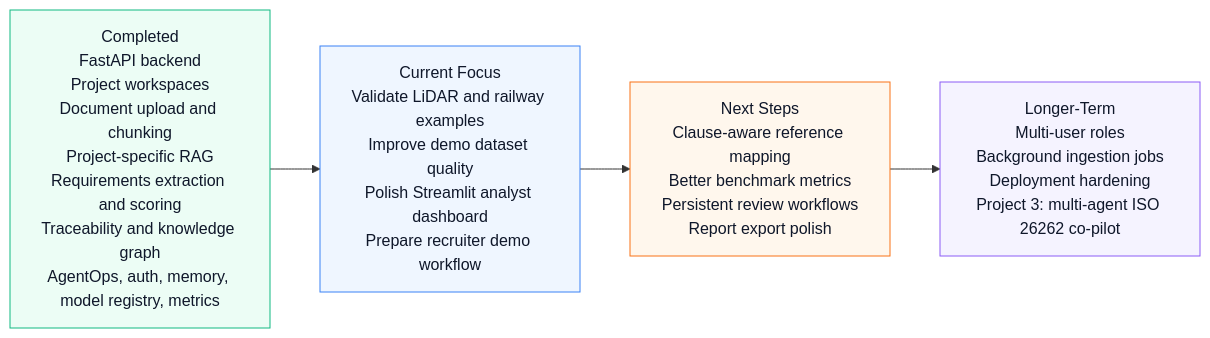
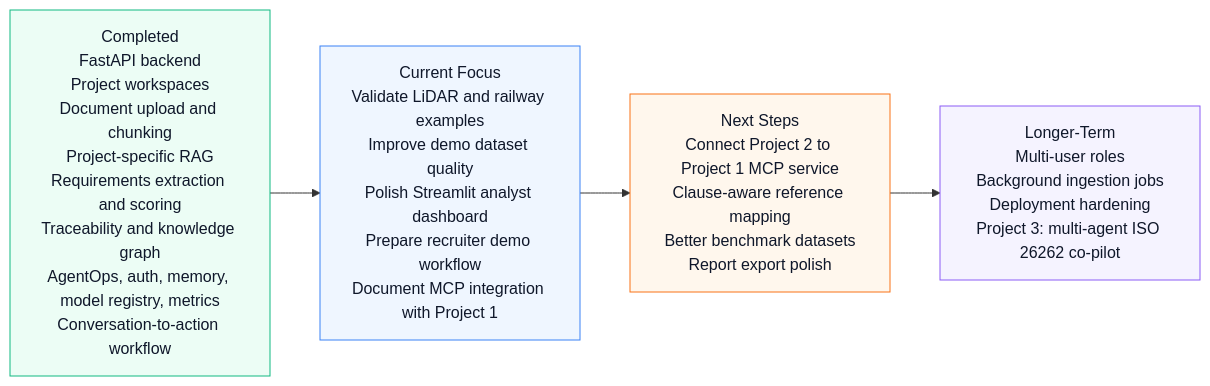
One commit to chz2010/Agentic_Document_AI_Platform_for_Safety_Engineering changed the first of 8 diagrams in README.md. Above: the diagram before and after it, drawn with Mermaid.

Commit message:
Update project roadmap with MCP and conversation workflow status

````diff
--- a/README.md
+++ b/README.md
@@ -22,18 +22,18 @@
 ```mermaid
 flowchart LR
-    A["Completed<br/>FastAPI backend<br/>Project workspaces<br/>Document upload and chunking<br/>Project-specific RAG<br/>Requirements extraction and scoring<br/>Traceability and knowledge graph<br/>AgentOps, auth, memory, model registry, metrics"]
-    B["Current Focus<br/>Validate LiDAR and railway examples<br/>Improve demo dataset quality<br/>Polish Streamlit analyst dashboard<br/>Prepare recruiter demo workflow"]
-    C["Next Steps<br/>Clause-aware reference mapping<br/>Better benchmark metrics<br/>Persistent review workflows<br/>Report export polish"]
+    A["Completed<br/>FastAPI backend<br/>Project workspaces<br/>Document upload and chunking<br/>Project-specific RAG<br/>Requirements extraction and scoring<br/>Traceability and knowledge graph<br/>AgentOps, auth, memory, model registry, metrics<br/>Conversation-to-action workflow"]
+    B["Current Focus<br/>Validate LiDAR and railway examples<br/>Improve demo dataset quality<br/>Polish Streamlit analyst dashboard<br/>Prepare recruiter demo workflow<br/>Document MCP integration with Project 1"]
+    C["Next Steps<br/>Connect Project 2 to Project 1 MCP service<br/>Clause-aware reference mapping<br/>Better benchmark datasets<br/>Report export polish"]
     D["Longer-Term<br/>Multi-user roles<br/>Background ingestion jobs<br/>Deployment hardening<br/>Project 3: multi-agent ISO 26262 co-pilot"]
 
     A --> B --> C --> D
 
     classDef done fill:#ecfdf5,stroke:#10b981,color:#0f172a;
     classDef current fill:#eff6ff,stroke:#3b82f6,color:#0f172a;
     classDef next fill:#fff7ed,stroke:#f97316,color:#0f172a;
     classDef later fill:#f5f3ff,stroke:#8b5cf6,color:#0f172a;
     class A done;
     class B current;
     class C next;
     class D later;
 ```
````
